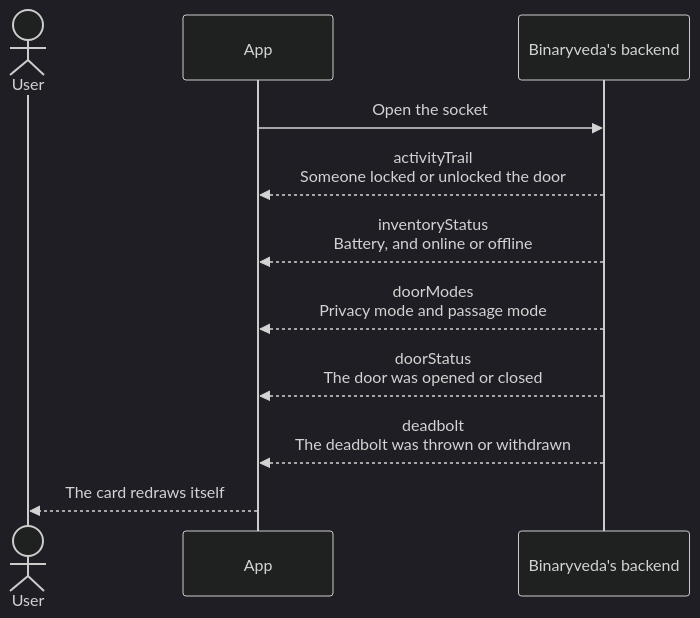
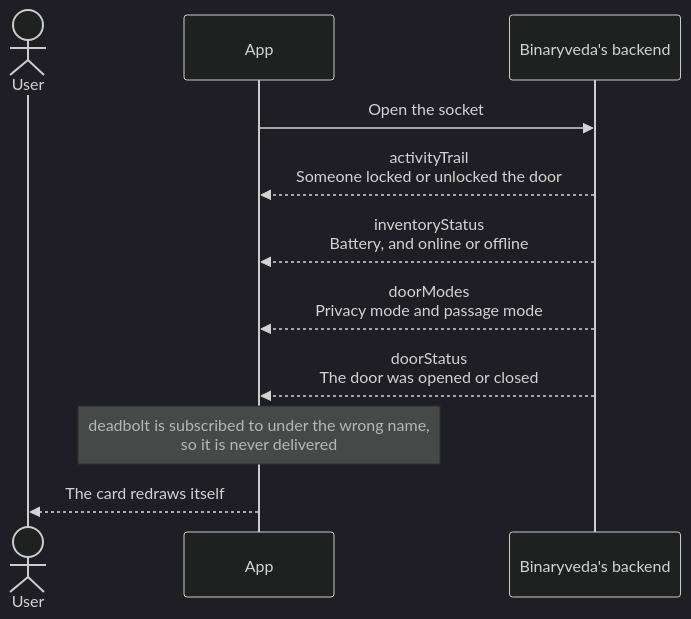
One commit to Yash-Wadatkar-Binaryveda/sdk-docs-site changed the fifth of 8 diagrams in docs/home.md. Above: the diagram before and after it, drawn with Mermaid (dark theme). The commit also changed other lines of this file and 11 other files, not shown here.

````diff
--- a/docs/home.md
+++ b/docs/home.md
@@ -152,14 +152,14 @@
     ```mermaid
     sequenceDiagram
         actor U as User
         participant A as App
         participant B as Binaryveda's backend
 
         A->>B: Open the socket
         B-->>A: activityTrail<br/>Someone locked or unlocked the door
         B-->>A: inventoryStatus<br/>Battery, and online or offline
         B-->>A: doorModes<br/>Privacy mode and passage mode
         B-->>A: doorStatus<br/>The door was opened or closed
-        B-->>A: deadbolt<br/>The deadbolt was thrown or withdrawn
+        Note over A: deadbolt is subscribed to under the wrong name,<br/>so it is never delivered
         A-->>U: The card redraws itself
     ```
````
